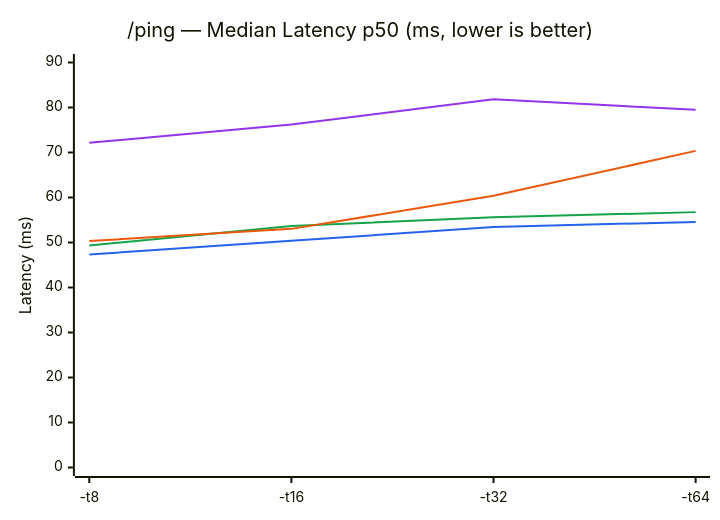
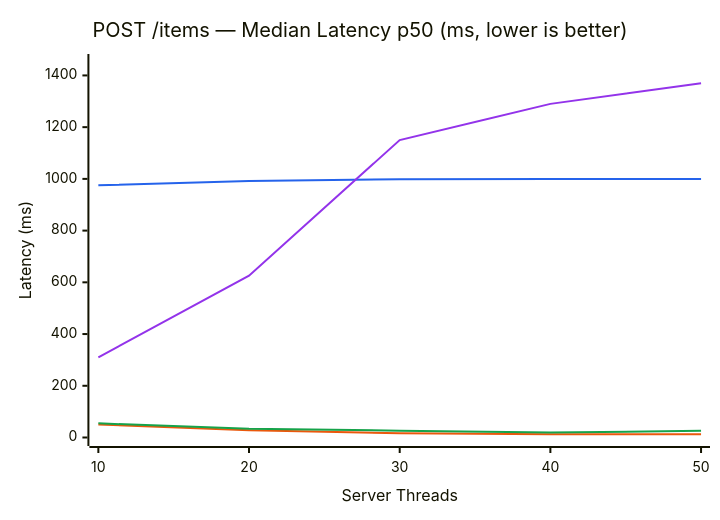
The second of 3 diagrams in README.md (erlpython/epython), drawn with Mermaid before and after one commit. The commit also changed other lines of this file and 3 other files, not shown here.

````diff
--- a/README.md
+++ b/README.md
@@ -71,16 +77,16 @@
 ```mermaid
 ---
 config:
   themeVariables:
     xyChart:
-      plotColorPalette: "#2563eb, #16a34a, #ea580c, #9333ea"
+      plotColorPalette: "#ea580c, #16a34a, #2563eb, #9333ea"
 ---
 xychart-beta
-    title "/ping — Median Latency p50 (ms, lower is better)"
-    x-axis ["-t8", "-t16", "-t32", "-t64"]
-    y-axis "Latency (ms)" 0 --> 90
-    line [47.32, 50.39, 53.43, 54.58]
-    line [49.31, 53.68, 55.61, 56.75]
-    line [50.31, 53.03, 60.37, 70.36]
-    line [72.15, 76.20, 81.82, 79.49]
+    title "POST /items — Median Latency p50 (ms, lower is better)"
+    x-axis "Server Threads" ["10", "20", "30", "40", "50"]
+    y-axis "Latency (ms)" 0 --> 1450
+    line [50.46, 28.47, 16.21, 12.93, 12.09]
+    line [54.64, 33.56, 26.35, 19.04, 26.05]
+    line [974.89, 991.63, 998.53, 1000.00, 1000.00]
+    line [310.02, 625.85, 1150.00, 1290.00, 1370.00]
 ```
````
